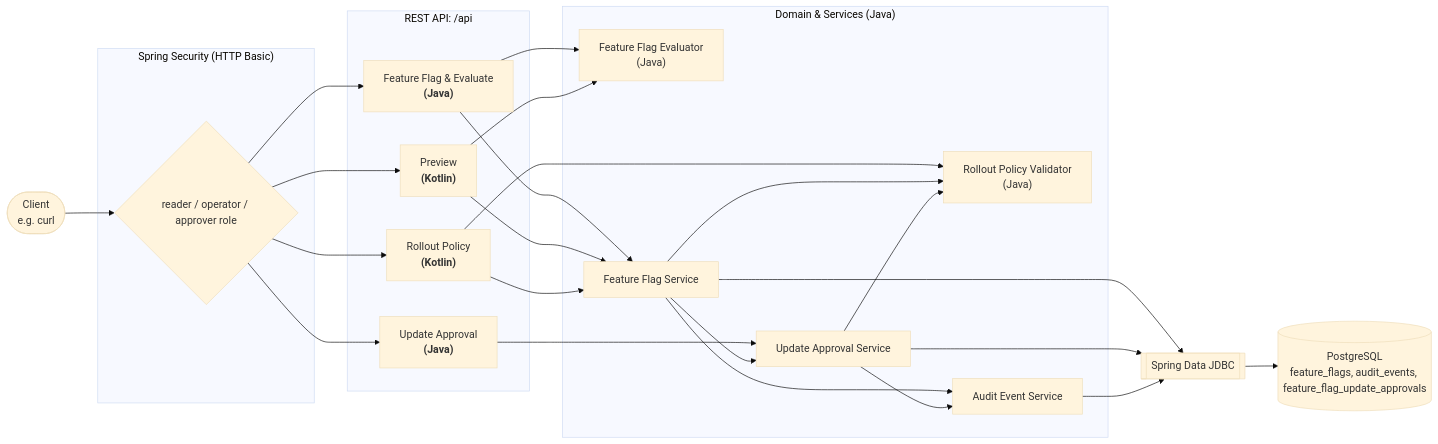
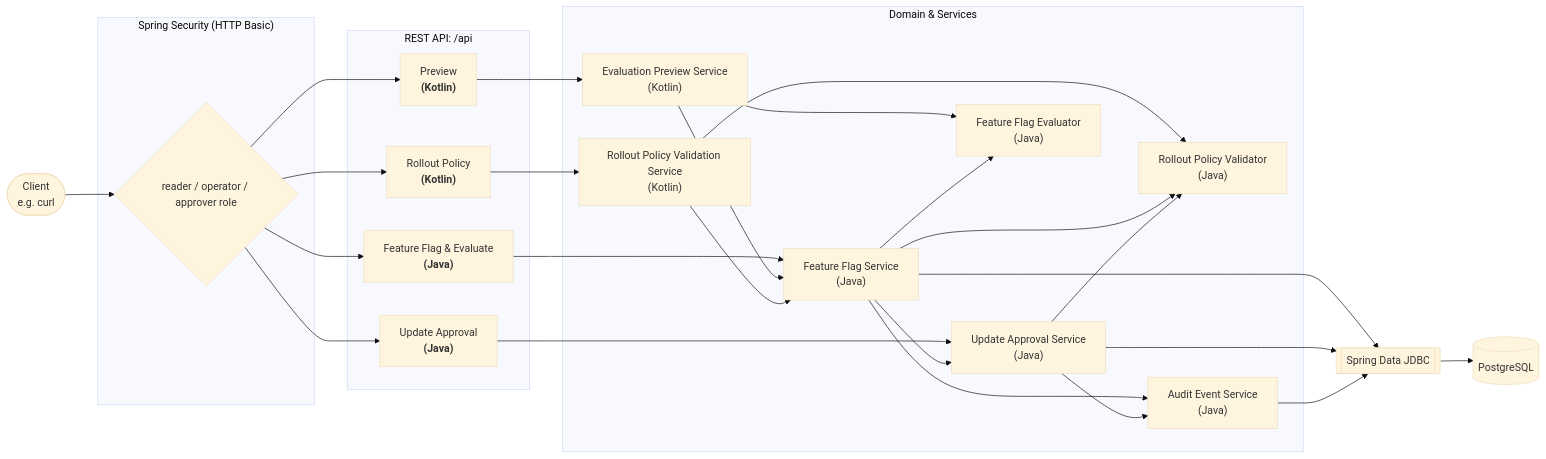
The first of 3 diagrams in README.ja.md (42milez/feature-flag-expt), drawn with Mermaid (base theme) before and after one commit. The commit also changed 1 other file, not shown here.

Commit message:
docs: update service architecture diagram (#51)

````diff
--- a/README.ja.md
+++ b/README.ja.md
@@ -56,37 +56,41 @@
 ```mermaid
 flowchart LR
     Client([Client<br/>e.g. curl])
 
     subgraph Sec["Spring Security (HTTP Basic)"]
         Auth{"reader / operator / approver role"}
     end
 
     subgraph API["REST API: /api"]
         FlagCtl["Feature Flag & Evaluate<br/><b>(Java)</b>"]
         ApprovalCtl["Update Approval<br/><b>(Java)</b>"]
         PreviewCtl["Preview<br/><b>(Kotlin)</b>"]
         PolicyCtl["Rollout Policy<br/><b>(Kotlin)</b>"]
     end
 
-    subgraph Core["Domain & Services (Java)"]
+    subgraph Core["Domain & Services"]
+        Svc["Feature Flag Service<br/>(Java)"]
+        ApprovalSvc["Update Approval Service<br/>(Java)"]
+        PreviewSvc["Evaluation Preview Service<br/>(Kotlin)"]
+        PolicySvc["Rollout Policy Validation Service<br/>(Kotlin)"]
         Eval["Feature Flag Evaluator<br/>(Java)"]
-        Svc["Feature Flag Service"]
-        ApprovalSvc["Update Approval Service"]
         Policy["Rollout Policy Validator<br/>(Java)"]
-        Audit["Audit Event Service"]
+        Audit["Audit Event Service<br/>(Java)"]
     end
 
     Repo[["Spring Data JDBC"]]
-    DB[("PostgreSQL<br/>feature_flags, audit_events, feature_flag_update_approvals")]
+    DB[("PostgreSQL")]
 
     Client --> Auth
     Auth --> FlagCtl & ApprovalCtl & PreviewCtl & PolicyCtl
-    FlagCtl --> Svc & Eval
+    FlagCtl --> Svc
     ApprovalCtl --> ApprovalSvc
-    PreviewCtl --> Svc & Eval
-    PolicyCtl --> Svc & Policy
-    Svc --> Policy & ApprovalSvc & Audit & Repo
+    PreviewCtl --> PreviewSvc
+    PolicyCtl --> PolicySvc
+    PreviewSvc --> Svc & Eval
+    PolicySvc --> Svc & Policy
+    Svc --> Eval & Policy & ApprovalSvc & Audit & Repo
     ApprovalSvc --> Policy & Audit & Repo
     Audit --> Repo
     Repo --> DB
 ```
````
